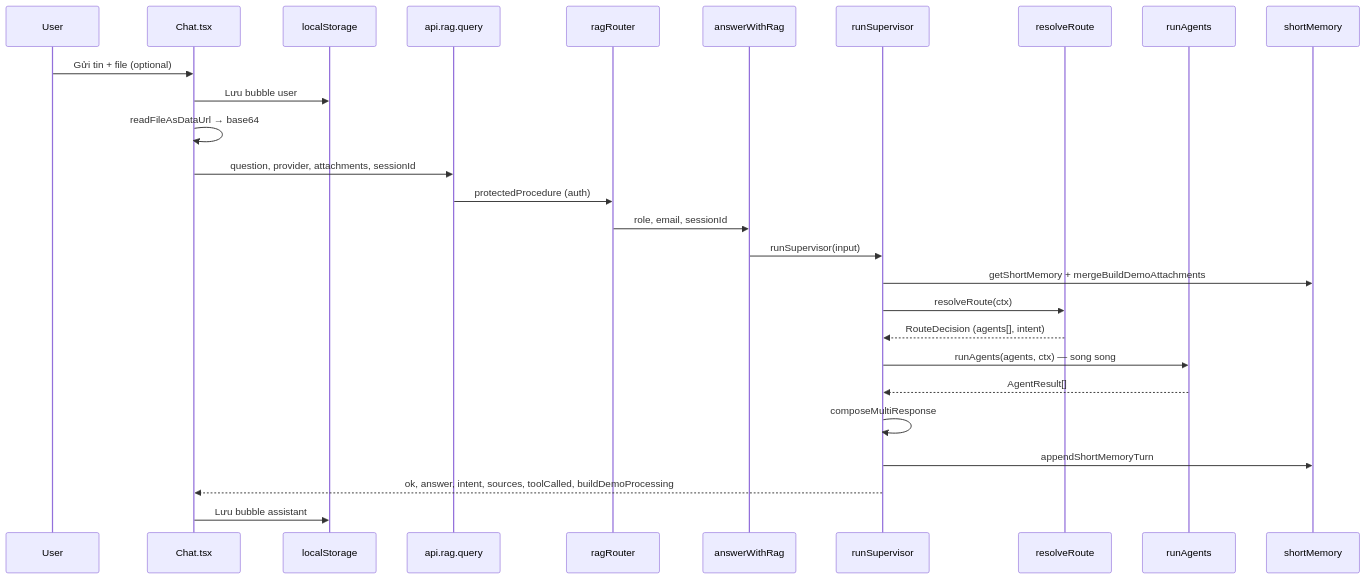
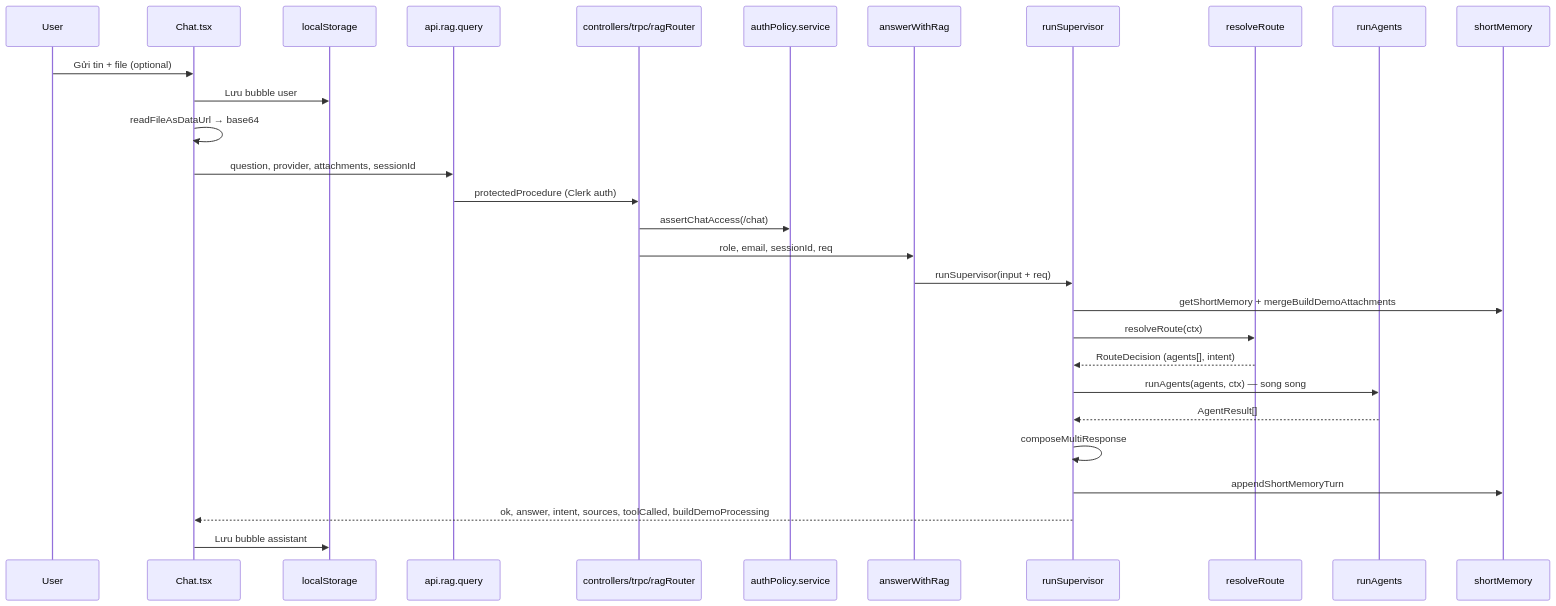
One commit to Th4nh2603/NewDashboardYomedia changed the second of 9 diagrams in docs/chat-agent-flow.md. Above: the diagram before and after it, drawn with Mermaid. The commit also changed other lines of this file and 98 other files, not shown here.

First line of the commit message:
refactor(server): consolidate API into controllers layer and Build Demo services

````diff
--- a/docs/chat-agent-flow.md
+++ b/docs/chat-agent-flow.md
@@ -29,30 +87,32 @@
 ```mermaid
 sequenceDiagram
   participant U as User
   participant C as Chat.tsx
   participant LS as localStorage
   participant API as api.rag.query
-  participant R as ragRouter
+  participant R as controllers/trpc/ragRouter
+  participant Pol as authPolicy.service
   participant A as answerWithRag
   participant S as runSupervisor
   participant RT as resolveRoute
   participant AG as runAgents
   participant M as shortMemory
 
   U->>C: Gửi tin + file (optional)
   C->>LS: Lưu bubble user
   C->>C: readFileAsDataUrl → base64
   C->>API: question, provider, attachments, sessionId
-  API->>R: protectedProcedure (auth)
-  R->>A: role, email, sessionId
-  A->>S: runSupervisor(input)
+  API->>R: protectedProcedure (Clerk auth)
+  R->>Pol: assertChatAccess(/chat)
+  R->>A: role, email, sessionId, req
+  A->>S: runSupervisor(input + req)
   S->>M: getShortMemory + mergeBuildDemoAttachments
   S->>RT: resolveRoute(ctx)
   RT-->>S: RouteDecision (agents[], intent)
   S->>AG: runAgents(agents, ctx) — song song
   AG-->>S: AgentResult[]
   S->>S: composeMultiResponse
   S->>M: appendShortMemoryTurn
   S-->>C: ok, answer, intent, sources, toolCalled, buildDemoProcessing
   C->>LS: Lưu bubble assistant
 ```
````
